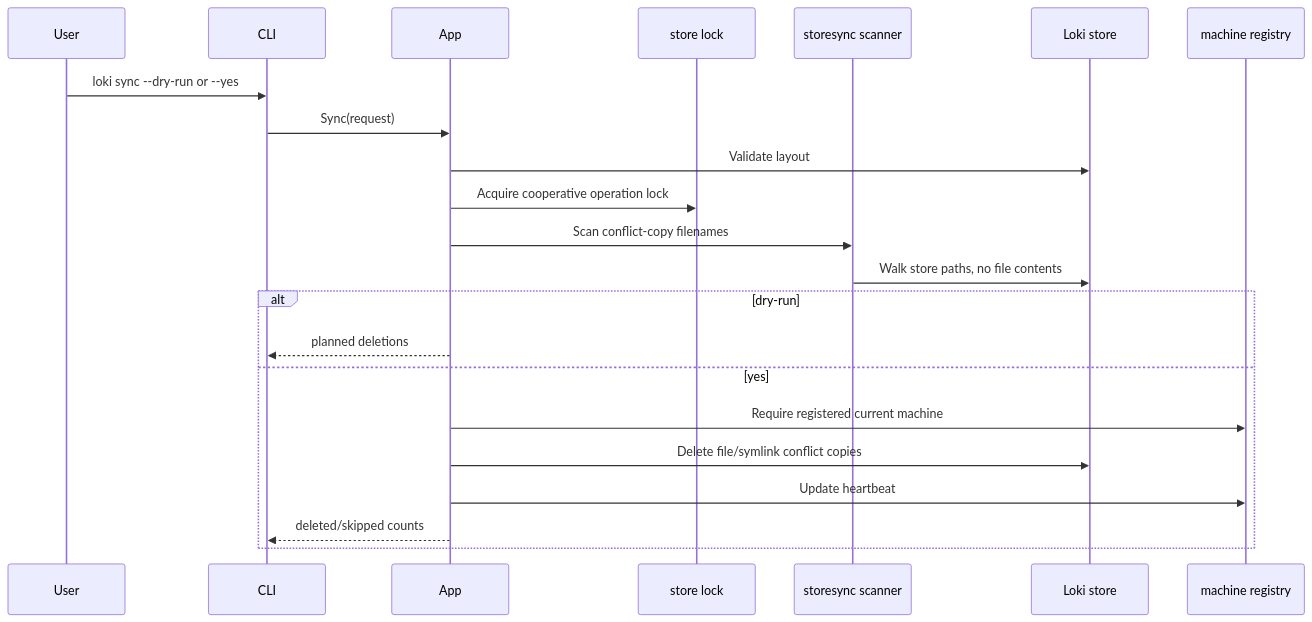
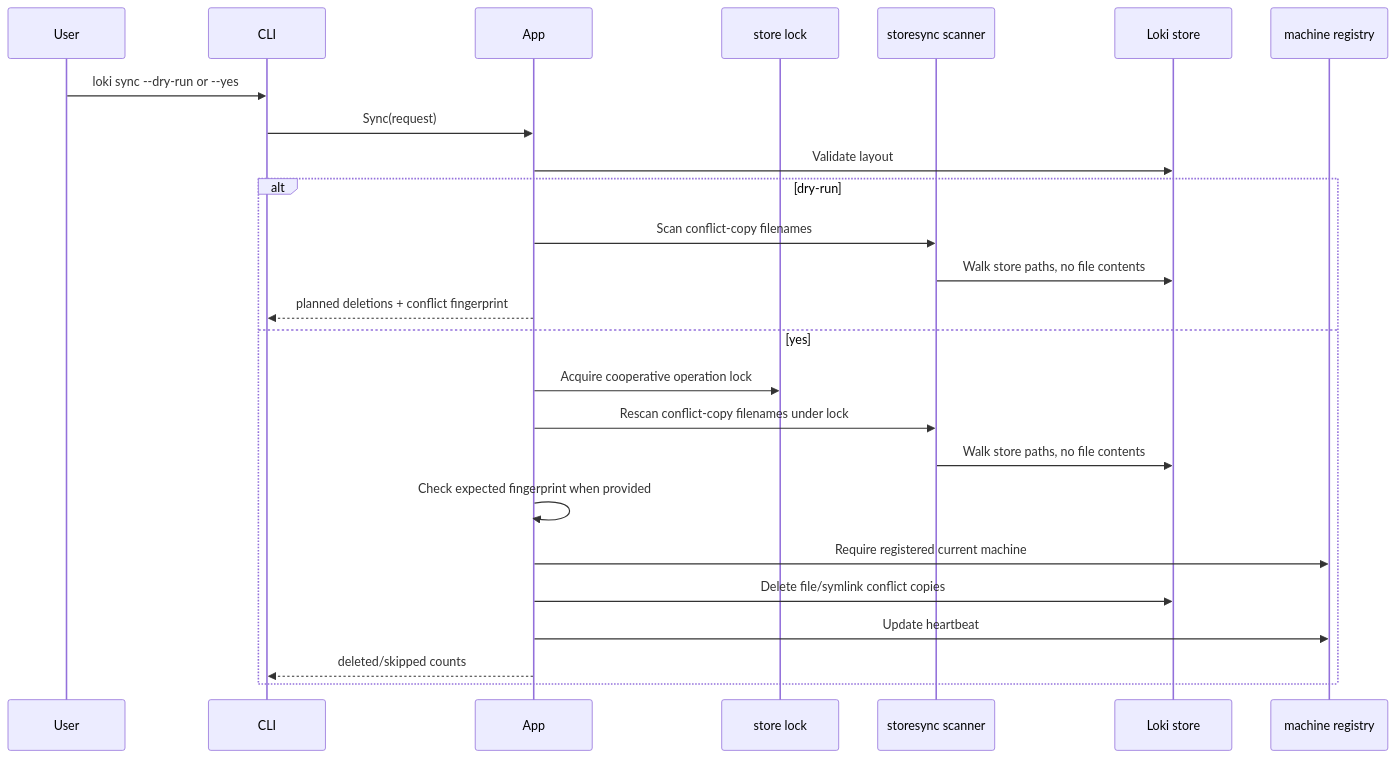
Before and after one commit to asudbring/loki-profile-manager: the fourth of 6 diagrams in docs/ARCHITECTURE.md, drawn with Mermaid. The commit also changed other lines of this file and 5 other files, not shown here.

````diff
--- a/docs/ARCHITECTURE.md
+++ b/docs/ARCHITECTURE.md
@@ -245,25 +248,28 @@
 ```mermaid
 sequenceDiagram
     participant User
     participant CLI
     participant App
     participant Lock as store lock
     participant Scanner as storesync scanner
     participant Store as Loki store
     participant Machine as machine registry
 
     User->>CLI: loki sync --dry-run or --yes
     CLI->>App: Sync(request)
     App->>Store: Validate layout
-    App->>Lock: Acquire cooperative operation lock
-    App->>Scanner: Scan conflict-copy filenames
-    Scanner->>Store: Walk store paths, no file contents
     alt dry-run
-        App-->>CLI: planned deletions
+        App->>Scanner: Scan conflict-copy filenames
+        Scanner->>Store: Walk store paths, no file contents
+        App-->>CLI: planned deletions + conflict fingerprint
     else yes
+        App->>Lock: Acquire cooperative operation lock
+        App->>Scanner: Rescan conflict-copy filenames under lock
+        Scanner->>Store: Walk store paths, no file contents
+        App->>App: Check expected fingerprint when provided
         App->>Machine: Require registered current machine
         App->>Store: Delete file/symlink conflict copies
         App->>Machine: Update heartbeat
         App-->>CLI: deleted/skipped counts
     end
 ```
````
